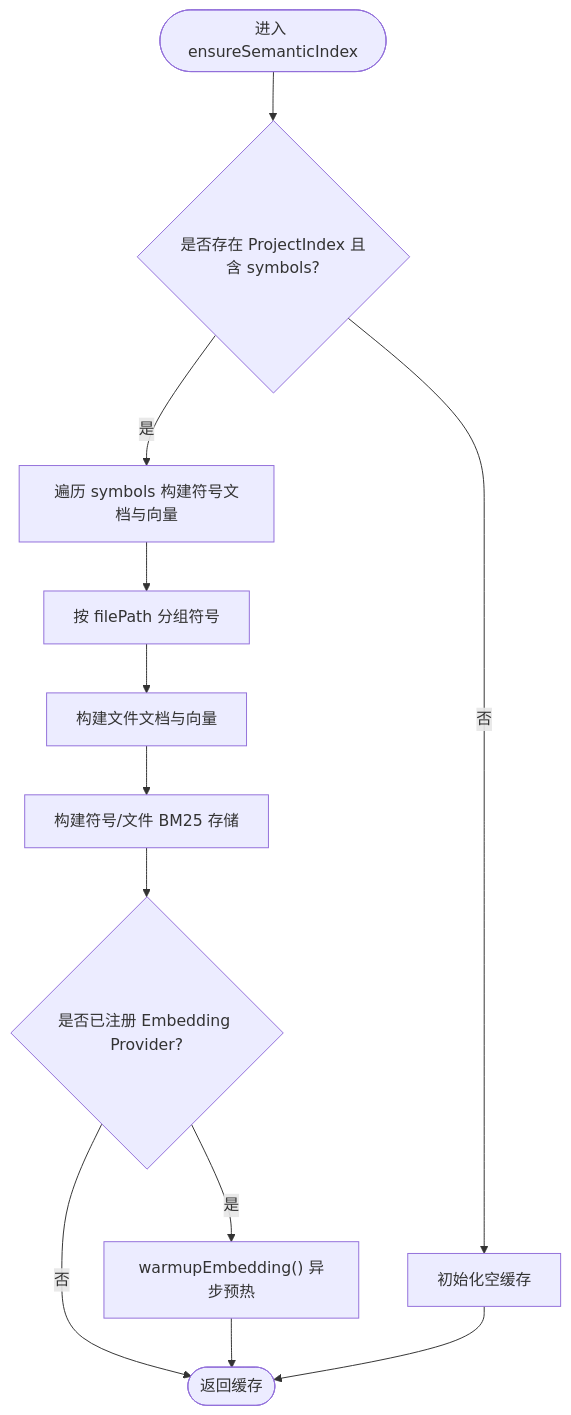
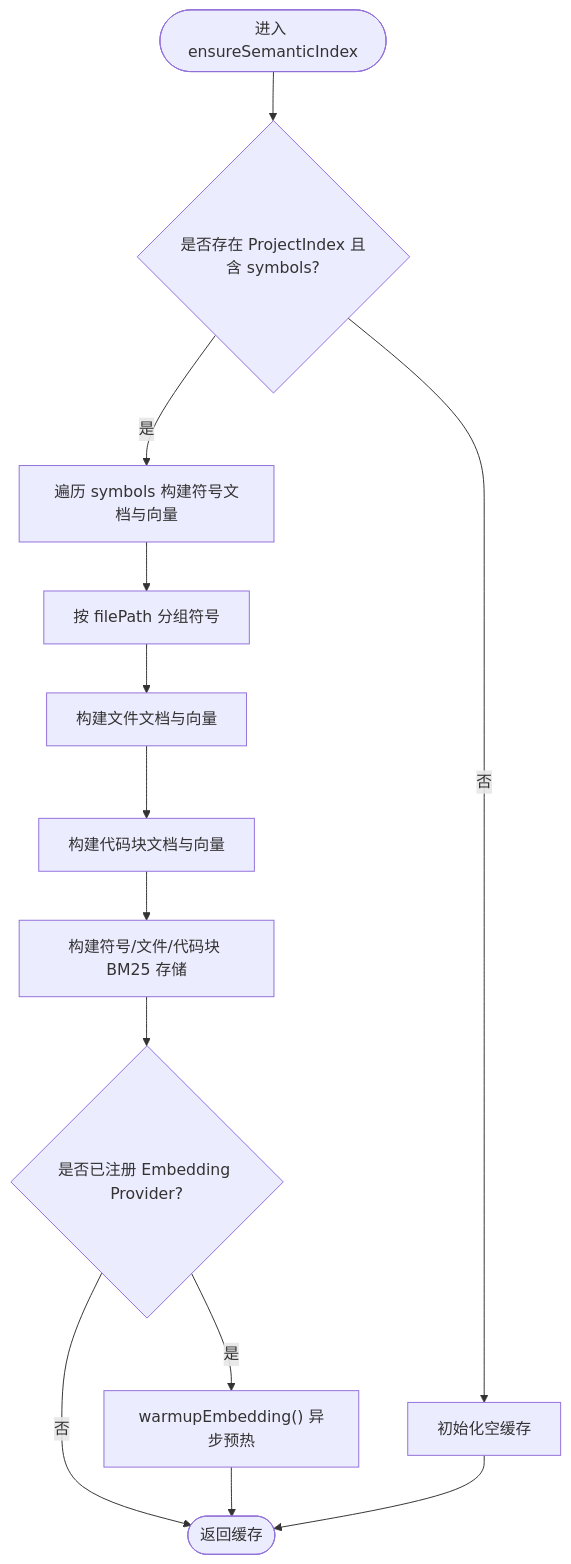
One commit to sofate798/KodrixCode changed the fourth of 6 diagrams in .qoder/repowiki/zh/content/架构设计/代码库智能架构/语义索引构建.md. Above: the diagram before and after it, drawn with Mermaid. The commit also changed other lines of this file and 4 other files, not shown here.

````diff
--- a/.qoder/repowiki/zh/content/架构设计/代码库智能架构/语义索引构建.md
+++ b/.qoder/repowiki/zh/content/架构设计/代码库智能架构/语义索引构建.md
@@ -219,14 +251,15 @@
 ```mermaid
 flowchart TD
 Start(["进入 ensureSemanticIndex"]) --> CheckIdx{"是否存在 ProjectIndex 且含 symbols?"}
 CheckIdx --> |否| InitEmpty["初始化空缓存"]
 CheckIdx --> |是| BuildSym["遍历 symbols 构建符号文档与向量"]
 BuildSym --> GroupByFile["按 filePath 分组符号"]
 GroupByFile --> BuildFile["构建文件文档与向量"]
-BuildFile --> BuildBM25["构建符号/文件 BM25 存储"]
+BuildFile --> BuildBlock["构建代码块文档与向量"]
+BuildBlock --> BuildBM25["构建符号/文件/代码块 BM25 存储"]
 BuildBM25 --> WarmupEmbed{"是否已注册 Embedding Provider?"}
 WarmupEmbed --> |是| Warmup["warmupEmbedding() 异步预热"]
 WarmupEmbed --> |否| Done(["返回缓存"])
 Warmup --> Done
 InitEmpty --> Done
 ```
````
